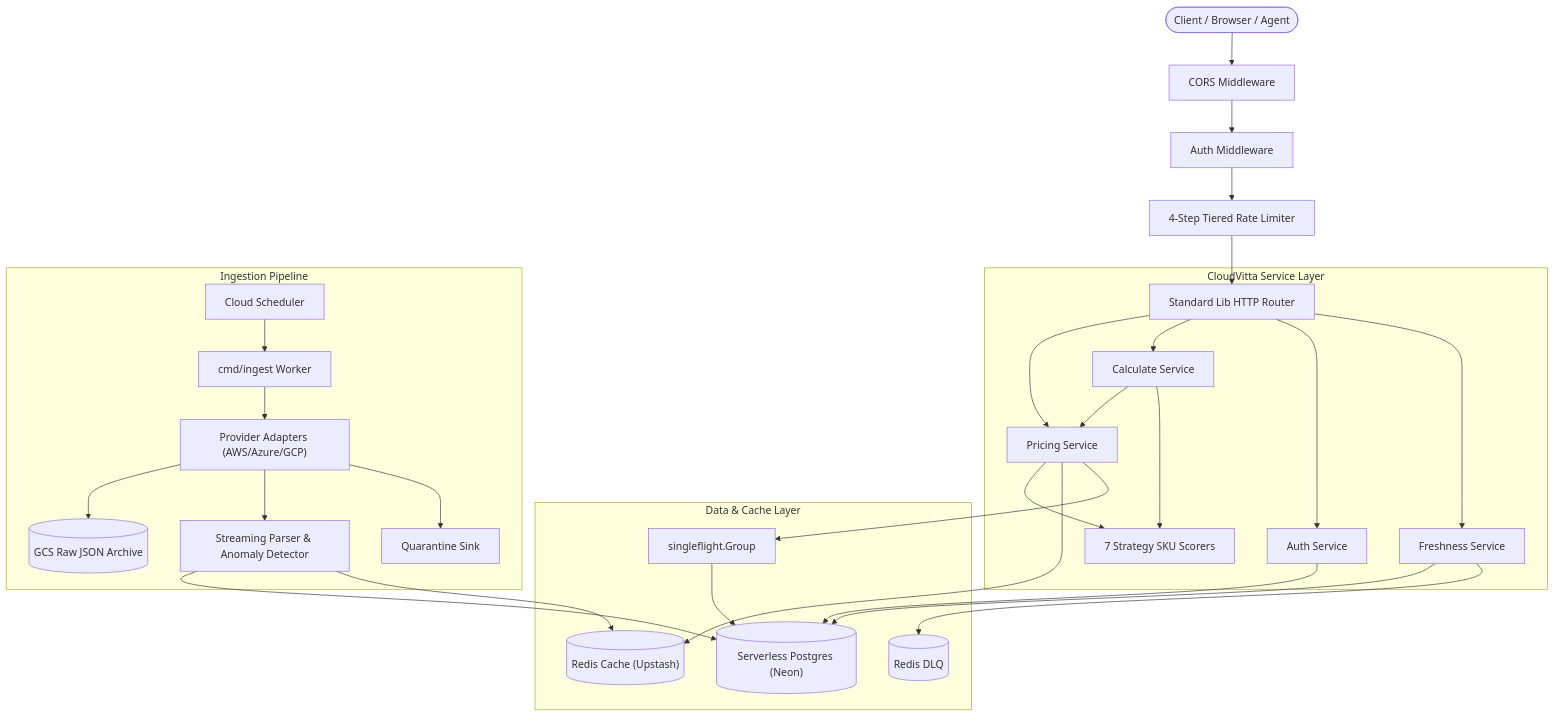
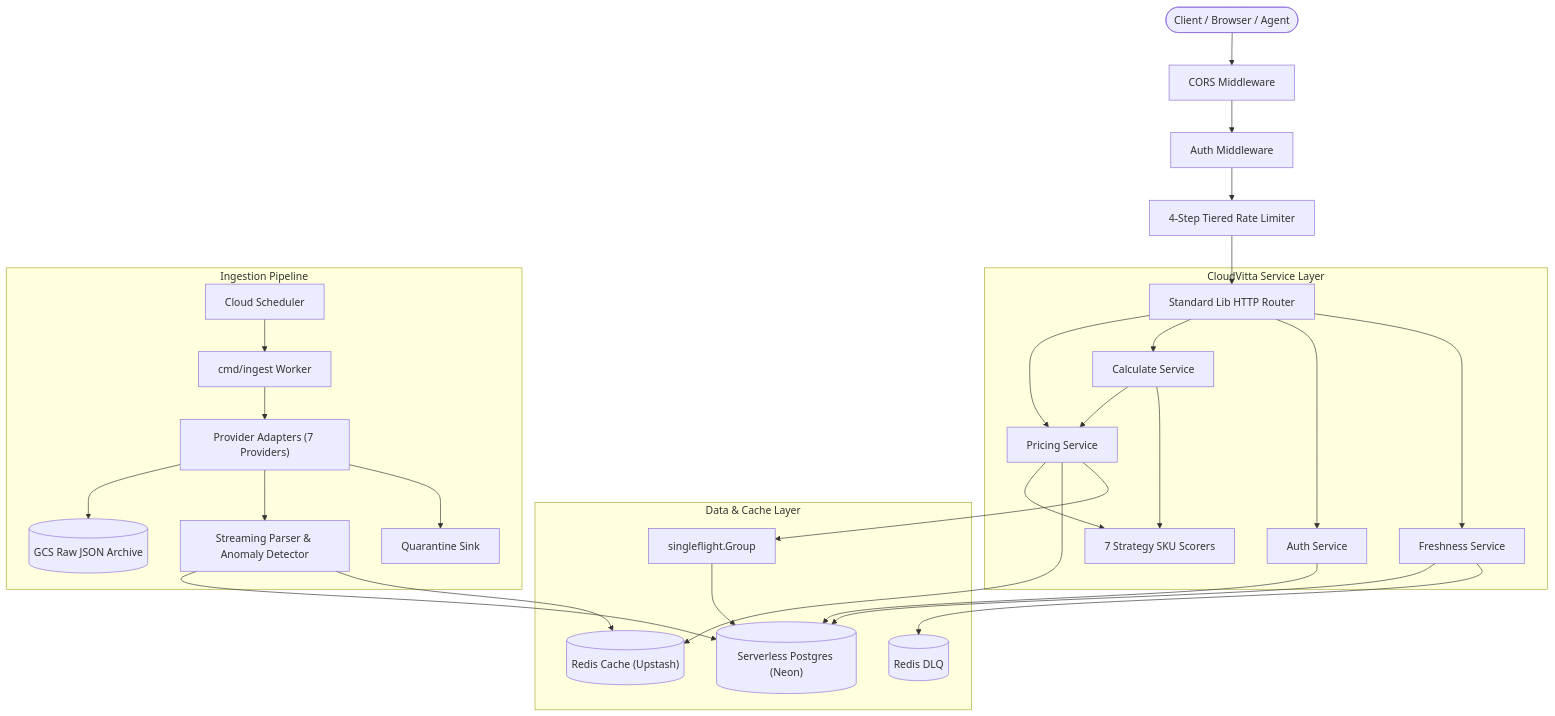
Before and after one commit to thatengineerguy21/cloudvitta: the diagram in README.md, drawn with Mermaid. The commit also changed other lines of this file and 2 other files, not shown here.

Commit message:
feat(service): enable 7-provider fan-out and contract parity tests
Update SupportedProviders to return all 7 active cloud providers and verify
cross-protocol contract parity across REST and MCP surfaces.

Changes :
- Update SupportedProviders in internal/service/supported_categories.go to
include aws, azure, gcp, oracle, ibm, alibaba, and digitalocean.
- Extend contract test suite in internal/transport/mcp/contract_test.go to
verify 7-provider fan-out for compute, storage, network, and composite calculate.
- Update root README.md architecture diagram and ADR count.

````diff
--- a/README.md
+++ b/README.md
@@ -24,37 +24,37 @@
 ```mermaid
 flowchart TD
     Client(["Client / Browser / Agent"]) --> CORS["CORS Middleware"]
     CORS --> AuthMW["Auth Middleware"]
     AuthMW --> RateLimiter["4-Step Tiered Rate Limiter"]
     RateLimiter --> Router["Standard Lib HTTP Router"]
     
     subgraph CoreService["CloudVitta Service Layer"]
         Router --> PricingSvc["Pricing Service"]
         Router --> CalcSvc["Calculate Service"]
         Router --> AuthSvc["Auth Service"]
         Router --> FreshSvc["Freshness Service"]
         
         PricingSvc --> Matching["7 Strategy SKU Scorers"]
         CalcSvc --> PricingSvc
         CalcSvc --> Matching
     end
     
     subgraph DataCache["Data & Cache Layer"]
         PricingSvc --> Cache[("Redis Cache (Upstash)")]
         PricingSvc --> Singleflight["singleflight.Group"]
         Singleflight --> Postgres[("Serverless Postgres (Neon)")]
         AuthSvc --> Postgres
         FreshSvc --> Postgres
         FreshSvc --> DLQ[("Redis DLQ")]
     end
     
     subgraph IngestionPipeline["Ingestion Pipeline"]
         Scheduler["Cloud Scheduler"] --> IngestJob["cmd/ingest Worker"]
-        IngestJob --> Adapters["Provider Adapters (AWS/Azure/GCP)"]
+        IngestJob --> Adapters["Provider Adapters (7 Providers)"]
         Adapters --> GCS[("GCS Raw JSON Archive")]
         Adapters --> Normalizer["Streaming Parser & Anomaly Detector"]
         Adapters --> QSink["Quarantine Sink"]
         Normalizer --> Postgres
         Normalizer --> Cache
     end
 ```
````
